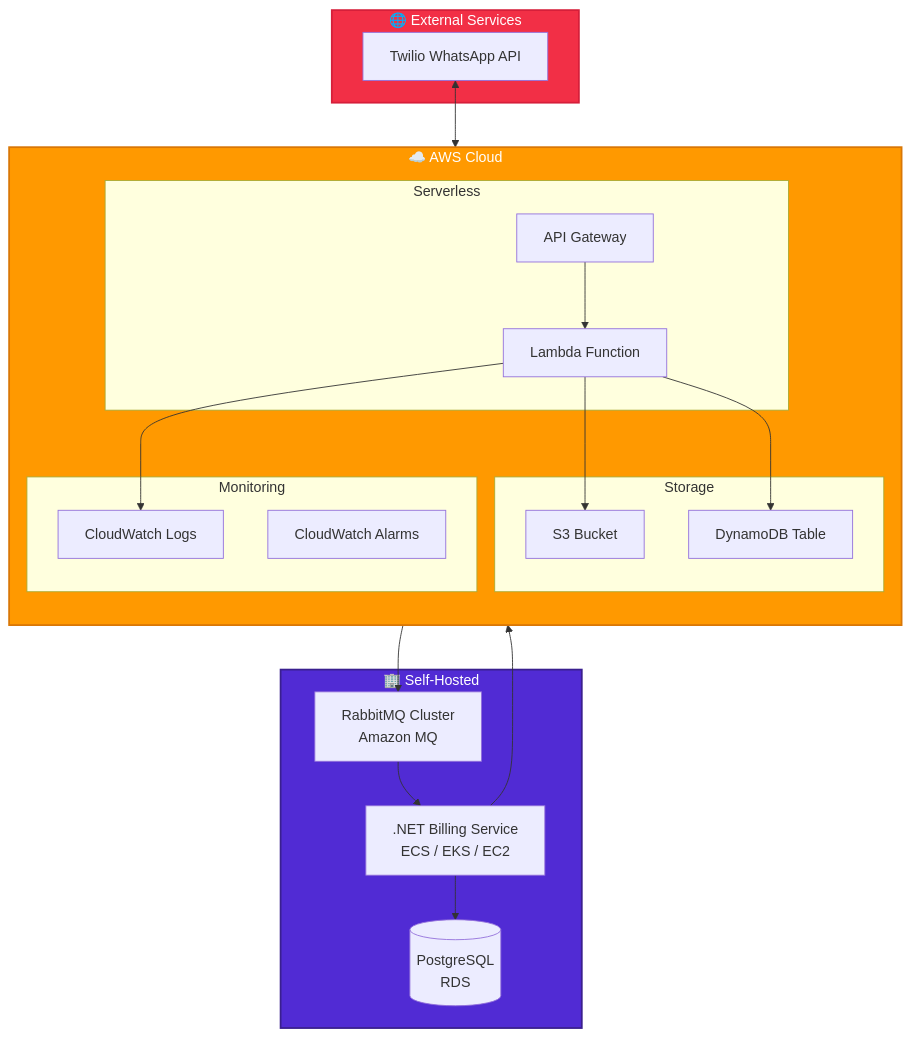
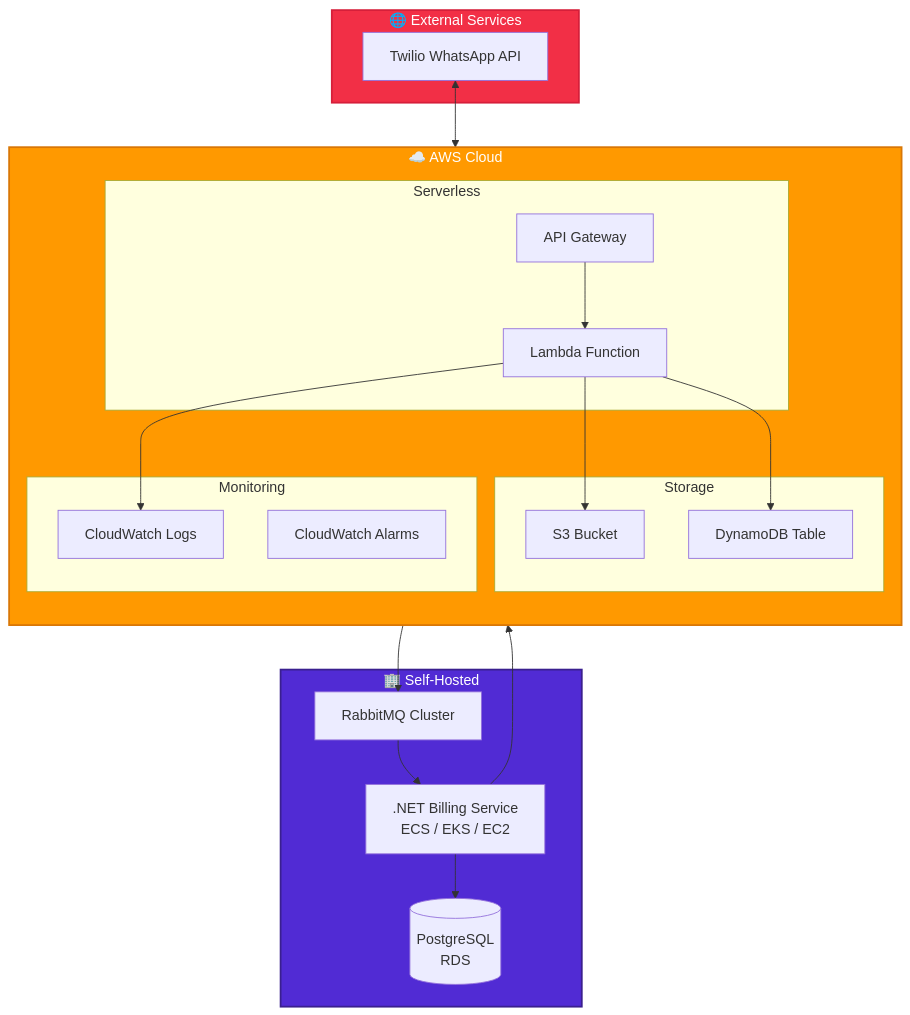
Before and after one commit to Mphozazo/Whatsapp-meter-reading-system: the sixth of 6 diagrams in README.md, drawn with Mermaid. The commit also changed other lines of this file, not shown here.

````diff
--- a/README.md
+++ b/README.md
@@ -422,44 +422,44 @@
 ```mermaid
  flowchart TB
     subgraph AWS["☁️ AWS Cloud"]
         direction TB
         subgraph Serverless["Serverless"]
             APIGW[API Gateway]
             Lambda[Lambda Function]
         end
         
         subgraph Storage["Storage"]
             S3[S3 Bucket]
             DynamoDB[DynamoDB Table]
         end
         
         subgraph Monitoring["Monitoring"]
             CloudWatch[CloudWatch Logs]
             Alarms[CloudWatch Alarms]
         end
     end
     
     subgraph External["🌐 External Services"]
         Twilio[Twilio WhatsApp API]
     end
     
     subgraph OnPrem["🏢 Self-Hosted "]
-        RabbitMQ[RabbitMQ Cluster<br/>Amazon MQ]
+        RabbitMQ[RabbitMQ Cluster]
         BillingService[.NET Billing Service<br/>ECS / EKS / EC2]
         Database[(PostgreSQL<br/>RDS)]
     end
 
     Twilio <--> APIGW
     APIGW --> Lambda
     Lambda --> S3
     Lambda --> DynamoDB
     Lambda --> CloudWatch
     Lambda --> RabbitMQ
     RabbitMQ --> BillingService
     BillingService --> Database
     BillingService --> Alarms
 
     style AWS fill:#FF9900,stroke:#D97706,stroke-width:2px,color:#fff
     style External fill:#F22F46,stroke:#D61F3A,stroke-width:2px,color:#fff
     style OnPrem fill:#512BD4,stroke:#3A1F8F,stroke-width:2px,color:#fff
   ```
````
